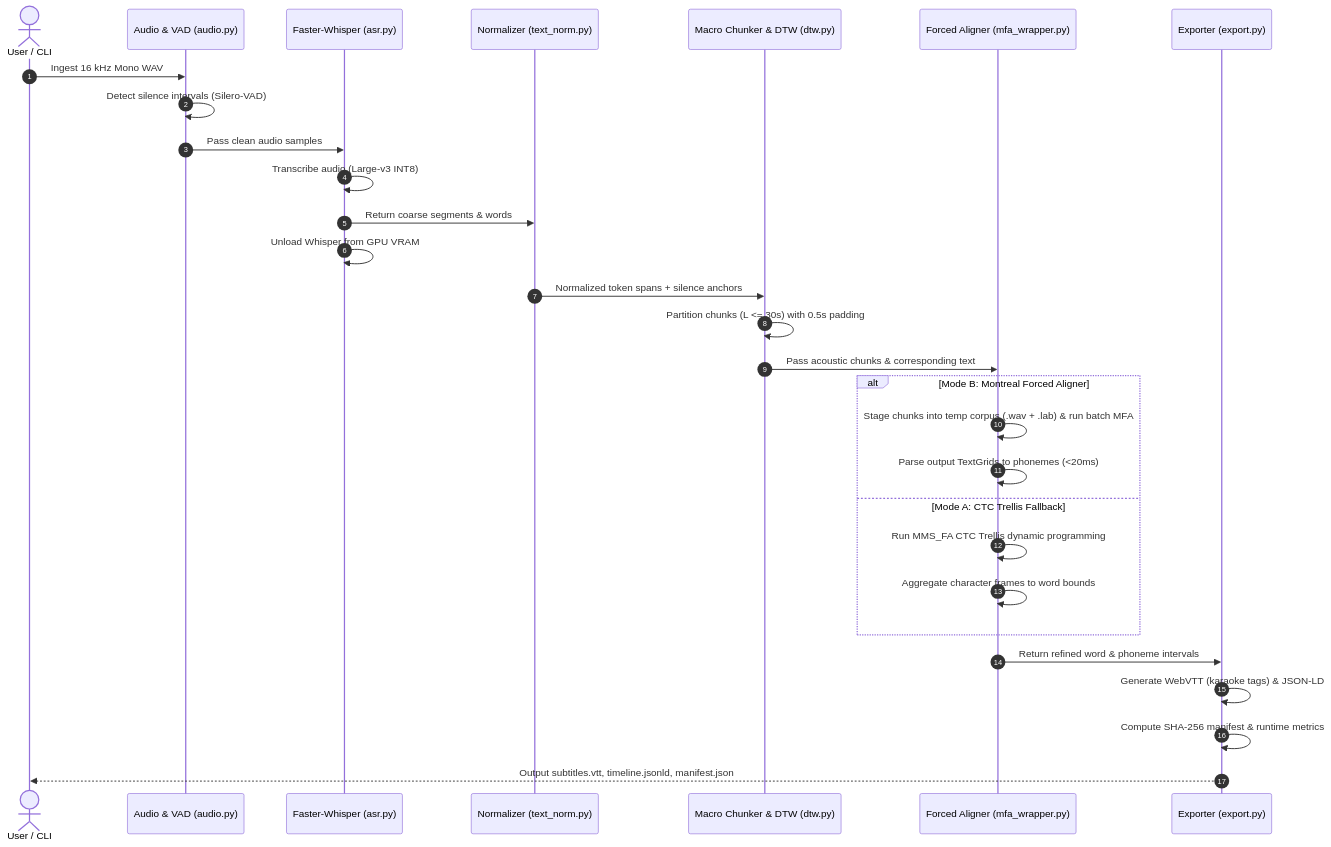
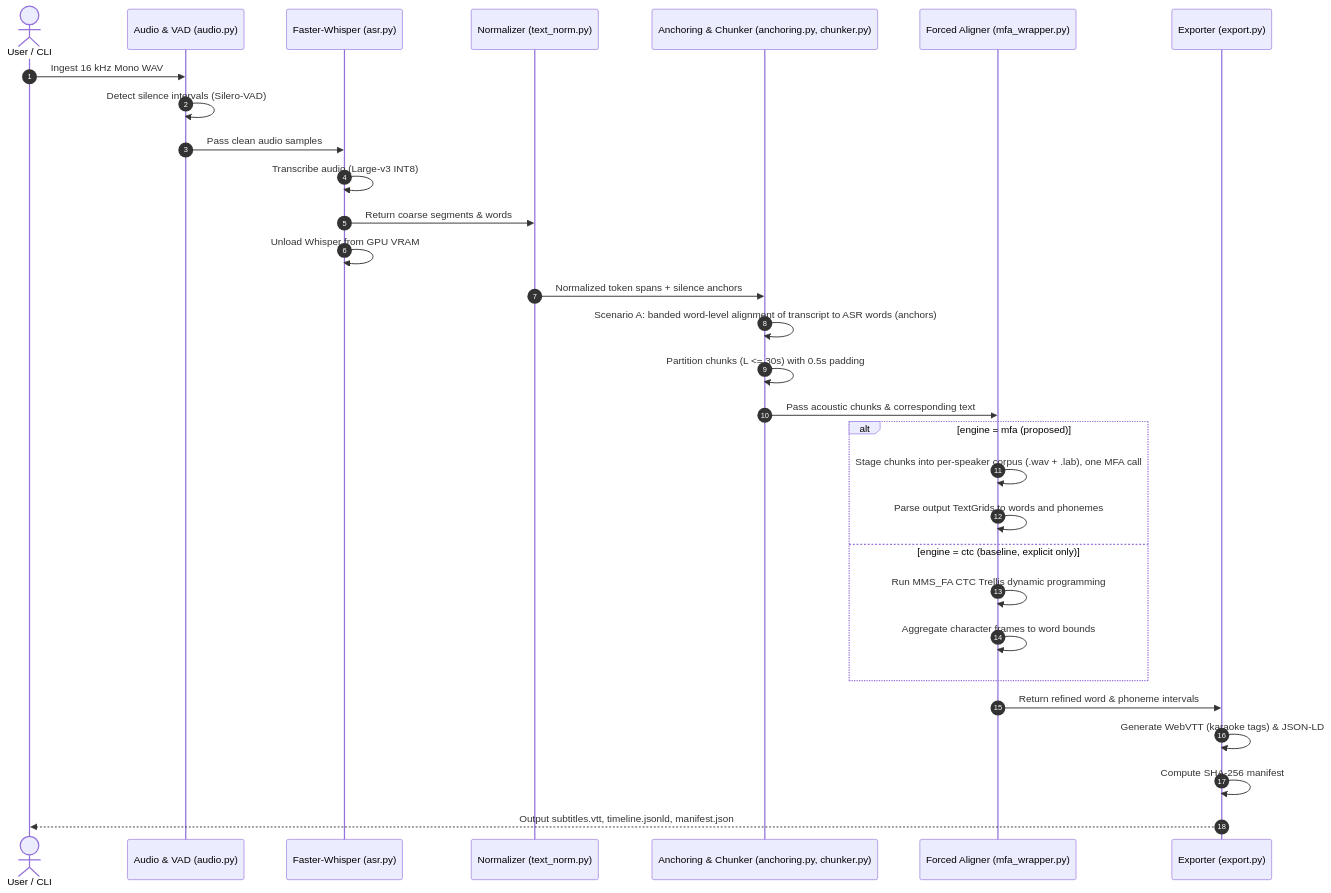
One commit to asqarnurym/local-subtitle-workbench changed the diagram in docs/ARCHITECTURE.md. Above: the diagram before and after it, drawn with Mermaid. The commit also changed other lines of this file and 16 other files, not shown here.

````diff
--- a/docs/ARCHITECTURE.md
+++ b/docs/ARCHITECTURE.md
@@ -131,32 +101,33 @@
 ```mermaid
 sequenceDiagram
     autonumber
     actor User as User / CLI
     participant Ingest as Audio & VAD (audio.py)
     participant ASR as Faster-Whisper (asr.py)
     participant Norm as Normalizer (text_norm.py)
-    participant DTW as Macro Chunker & DTW (dtw.py)
+    participant DTW as Anchoring & Chunker (anchoring.py, chunker.py)
     participant Align as Forced Aligner (mfa_wrapper.py)
     participant Export as Exporter (export.py)
 
     User->>Ingest: Ingest 16 kHz Mono WAV
     Ingest->>Ingest: Detect silence intervals (Silero-VAD)
     Ingest->>ASR: Pass clean audio samples
     ASR->>ASR: Transcribe audio (Large-v3 INT8)
     ASR->>Norm: Return coarse segments & words
     ASR->>ASR: Unload Whisper from GPU VRAM
     Norm->>DTW: Normalized token spans + silence anchors
+    DTW->>DTW: Scenario A: banded word-level alignment of transcript to ASR words (anchors)
     DTW->>DTW: Partition chunks (L <= 30s) with 0.5s padding
     DTW->>Align: Pass acoustic chunks & corresponding text
-    alt Mode B: Montreal Forced Aligner
-        Align->>Align: Stage chunks into temp corpus (.wav + .lab) & run batch MFA
-        Align->>Align: Parse output TextGrids to phonemes (<20ms)
-    else Mode A: CTC Trellis Fallback
+    alt engine = mfa (proposed)
+        Align->>Align: Stage chunks into per-speaker corpus (.wav + .lab), one MFA call
+        Align->>Align: Parse output TextGrids to words and phonemes
+    else engine = ctc (baseline, explicit only)
         Align->>Align: Run MMS_FA CTC Trellis dynamic programming
         Align->>Align: Aggregate character frames to word bounds
     end
     Align->>Export: Return refined word & phoneme intervals
     Export->>Export: Generate WebVTT (karaoke tags) & JSON-LD
-    Export->>Export: Compute SHA-256 manifest & runtime metrics
+    Export->>Export: Compute SHA-256 manifest
     Export-->>User: Output subtitles.vtt, timeline.jsonld, manifest.json
 ```
````
